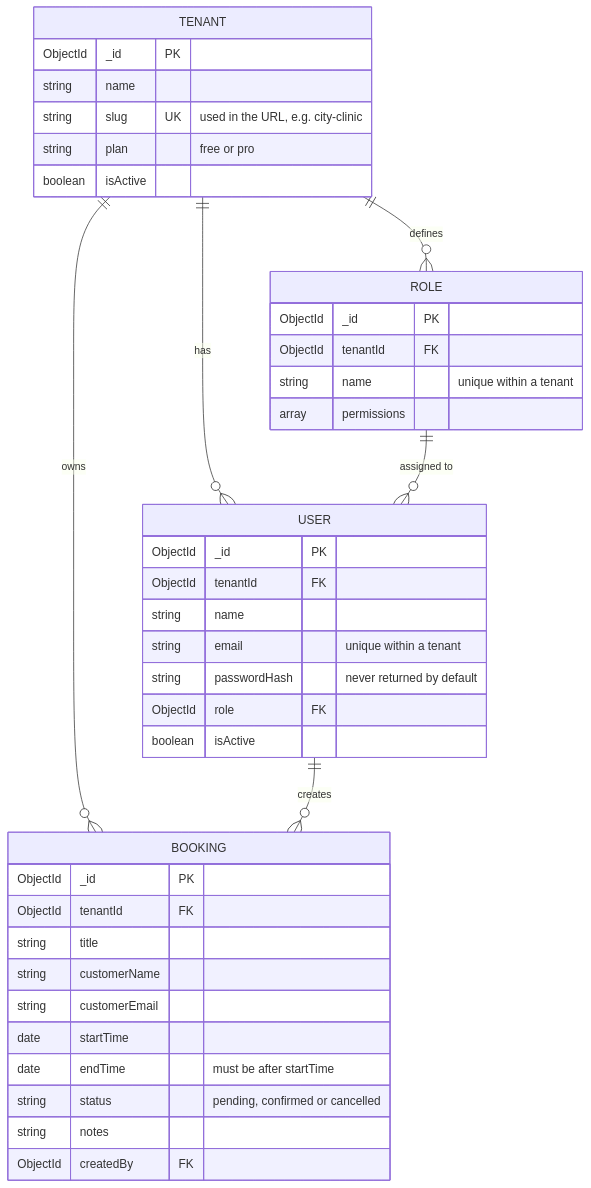
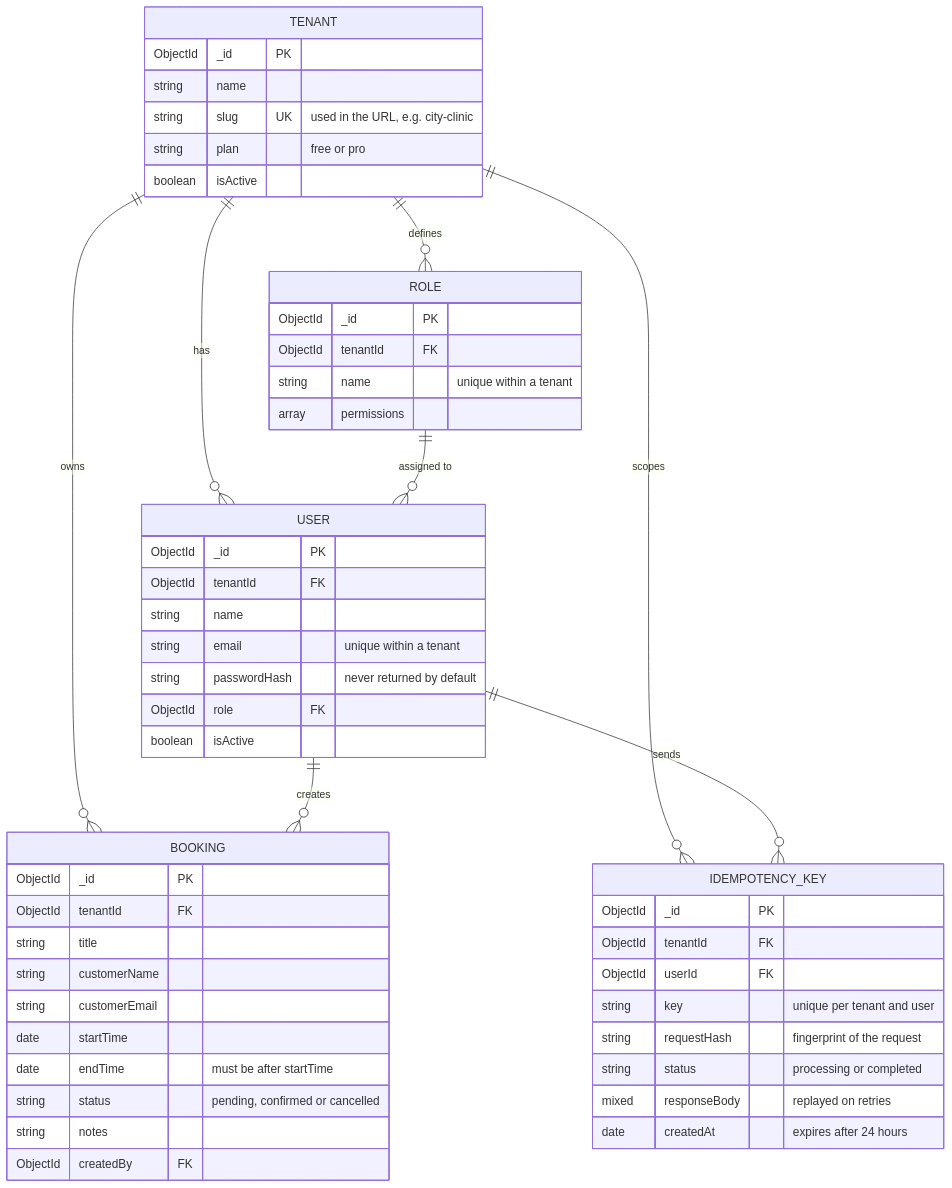
The second of 3 diagrams in README.md (UroojFatima-052/parallax-saas), drawn with Mermaid before and after one commit. The commit also changed other lines of this file, not shown here.

````diff
--- a/README.md
+++ b/README.md
@@ -60,43 +121,55 @@
 ```mermaid
 erDiagram
     TENANT ||--o{ ROLE : defines
     TENANT ||--o{ USER : has
     TENANT ||--o{ BOOKING : owns
+    TENANT ||--o{ IDEMPOTENCY_KEY : scopes
     ROLE ||--o{ USER : "assigned to"
     USER ||--o{ BOOKING : creates
+    USER ||--o{ IDEMPOTENCY_KEY : sends
 
     TENANT {
         ObjectId _id PK
         string name
         string slug UK "used in the URL, e.g. city-clinic"
         string plan "free or pro"
         boolean isActive
     }
     ROLE {
         ObjectId _id PK
         ObjectId tenantId FK
         string name "unique within a tenant"
         array permissions
     }
     USER {
         ObjectId _id PK
         ObjectId tenantId FK
         string name
         string email "unique within a tenant"
         string passwordHash "never returned by default"
         ObjectId role FK
         boolean isActive
     }
     BOOKING {
         ObjectId _id PK
         ObjectId tenantId FK
         string title
         string customerName
         string customerEmail
         date startTime
         date endTime "must be after startTime"
         string status "pending, confirmed or cancelled"
         string notes
         ObjectId createdBy FK
     }
+    IDEMPOTENCY_KEY {
+        ObjectId _id PK
+        ObjectId tenantId FK
+        ObjectId userId FK
+        string key "unique per tenant and user"
+        string requestHash "fingerprint of the request"
+        string status "processing or completed"
+        mixed responseBody "replayed on retries"
+        date createdAt "expires after 24 hours"
+    }
 ```
````
